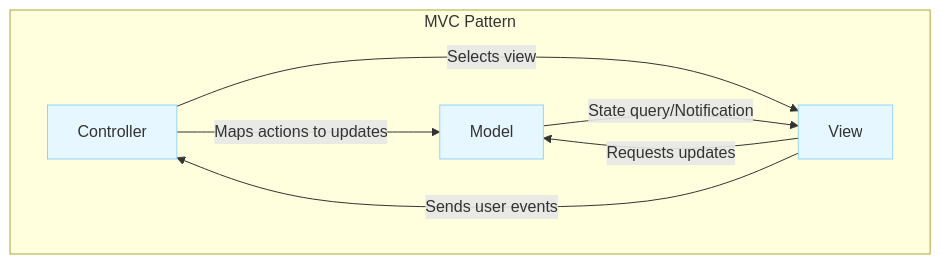
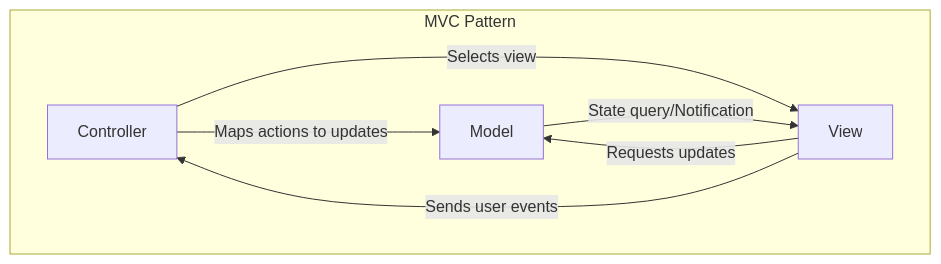
One commit to sujith-eag/sujith-library changed the first of 4 diagrams in docs/mca/se/u22/u4.md. Above: the diagram before and after it, drawn with Mermaid. The commit also changed other lines of this file and 41 other files, not shown here.

First line of the commit message:
Refactor diagrams and remove redundant styles in documentation

````diff
--- a/docs/mca/se/u22/u4.md
+++ b/docs/mca/se/u22/u4.md
@@ -54,17 +54,14 @@
 ```mermaid
 flowchart TD
     subgraph MVC [MVC Pattern]
         C[Controller]
         V[View]
         M[Model]
     end
 
     C -->|Maps actions to updates| M
     C -->|Selects view| V
     V -->|Requests updates| M
     V -->|Sends user events| C
     M -->|State query/Notification| V
-
-    classDef component fill:#e6f7ff,stroke:#91d5ff
-    class C,V,M component
 ```
````
